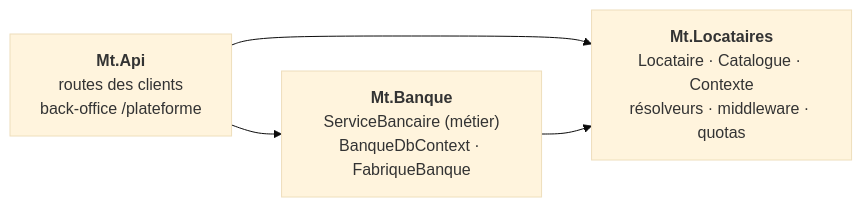
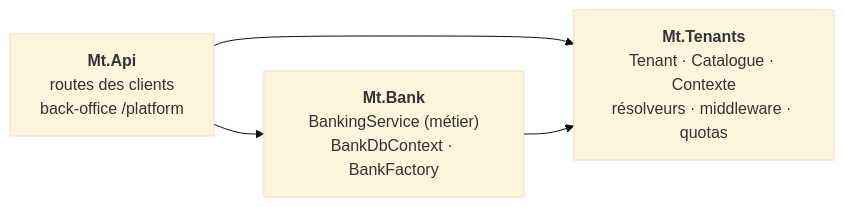
The second of 5 diagrams in Docs/15-multi-tenant.md (drangoht/ArchitecturesDemo), drawn with Mermaid (base theme) before and after one commit. The commit also changed other lines of this file and 70 other files, not shown here.

Commit message:
Docs FR : identifiants, liens, diagrammes et sorties alignés sur le code anglais

````diff
--- a/Docs/15-multi-tenant.md
+++ b/Docs/15-multi-tenant.md
@@ -68,6 +68,6 @@
 ```mermaid
 flowchart LR
-    API["<b>Mt.Api</b><br/>routes des clients<br/>back-office /plateforme"] --> BQ["<b>Mt.Banque</b><br/>ServiceBancaire (métier)<br/>BanqueDbContext · FabriqueBanque"]
+    API["<b>Mt.Api</b><br/>routes des clients<br/>back-office /platform"] --> BQ["<b>Mt.Bank</b><br/>BankingService (métier)<br/>BankDbContext · BankFactory"]
     API --> LOC
-    BQ --> LOC["<b>Mt.Locataires</b><br/>Locataire · Catalogue · Contexte<br/>résolveurs · middleware · quotas"]
+    BQ --> LOC["<b>Mt.Tenants</b><br/>Tenant · Catalogue · Contexte<br/>résolveurs · middleware · quotas"]
 ```
````
